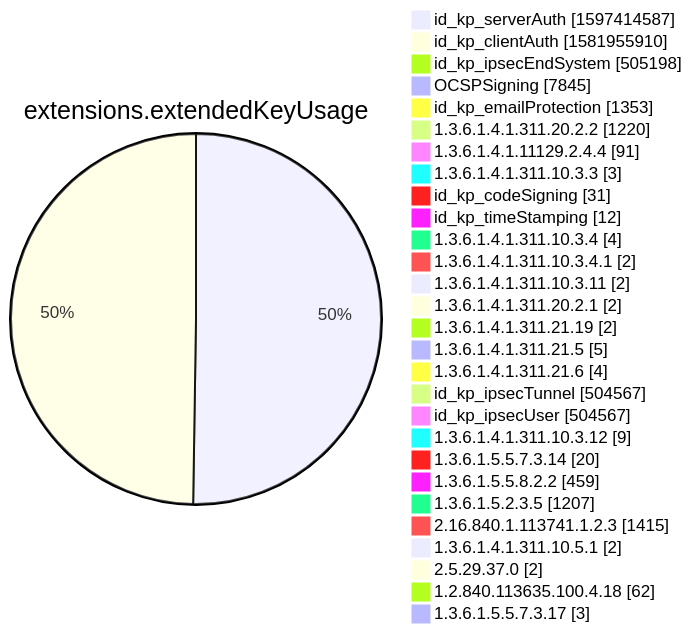
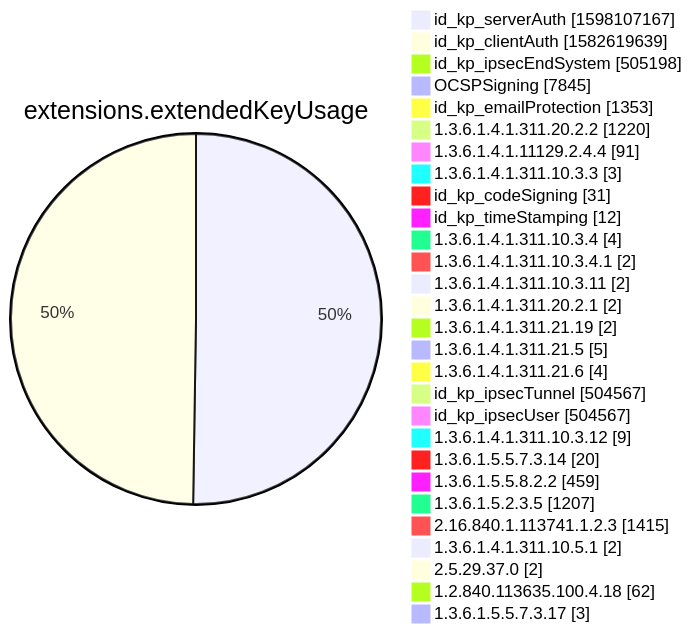
One commit to christiankrug/ctmonitor_visualization changed diagram 12 of 15 in xenon2022/README.md. Above: the diagram before and after it, drawn with Mermaid. The commit also changed other lines of this file, not shown here.

````diff
--- a/xenon2022/README.md
+++ b/xenon2022/README.md
@@ -3885,32 +3885,32 @@
 ```mermaid
 pie showData
 title extensions.extendedKeyUsage
-"id_kp_serverAuth" :1597414587
-"id_kp_clientAuth" :1581955910
+"id_kp_serverAuth" :1598107167
+"id_kp_clientAuth" :1582619639
 "id_kp_ipsecEndSystem" :505198
 "OCSPSigning" :7845
 "id_kp_emailProtection" :1353
 "1.3.6.1.4.1.311.20.2.2" :1220
 "1.3.6.1.4.1.11129.2.4.4" :91
 "1.3.6.1.4.1.311.10.3.3" :3
 "id_kp_codeSigning" :31
 "id_kp_timeStamping" :12
 "1.3.6.1.4.1.311.10.3.4" :4
 "1.3.6.1.4.1.311.10.3.4.1" :2
 "1.3.6.1.4.1.311.10.3.11" :2
 "1.3.6.1.4.1.311.20.2.1" :2
 "1.3.6.1.4.1.311.21.19" :2
 "1.3.6.1.4.1.311.21.5" :5
 "1.3.6.1.4.1.311.21.6" :4
 "id_kp_ipsecTunnel" :504567
 "id_kp_ipsecUser" :504567
 "1.3.6.1.4.1.311.10.3.12" :9
 "1.3.6.1.5.5.7.3.14" :20
 "1.3.6.1.5.5.8.2.2" :459
 "1.3.6.1.5.2.3.5" :1207
 "2.16.840.1.113741.1.2.3" :1415
 "1.3.6.1.4.1.311.10.5.1" :2
 "2.5.29.37.0" :2
 "1.2.840.113635.100.4.18" :62
 "1.3.6.1.5.5.7.3.17" :3
 ```
````
